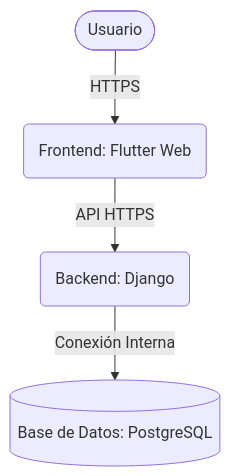
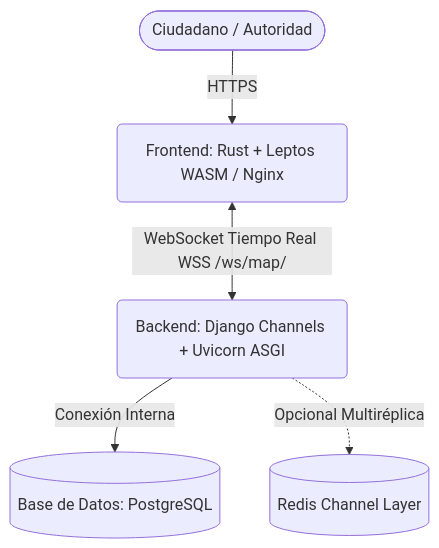
The diagram in COOLIFY_DEPLOY_GUIDE.md (DfsSpooky/ecoalertapasco), drawn with Mermaid before and after one commit. The commit also changed other lines of this file and 83 other files, not shown here.

Commit message:
refactor: eliminate Flutter frontend and standardize on Rust Leptos WASM and Django ASGI backend for Coolify deployment

````diff
--- a/COOLIFY_DEPLOY_GUIDE.md
+++ b/COOLIFY_DEPLOY_GUIDE.md
@@ -11,6 +11,7 @@
 ```mermaid
 graph TD
-    User([Usuario]) -->|HTTPS| FE(Frontend: Flutter Web)
-    FE -->|API HTTPS| BE(Backend: Django)
+    User([Ciudadano / Autoridad]) -->|HTTPS| FE(Frontend: Rust + Leptos WASM / Nginx)
+    FE <-->|WebSocket Tiempo Real WSS /ws/map/| BE(Backend: Django Channels + Uvicorn ASGI)
     BE -->|Conexión Interna| DB[(Base de Datos: PostgreSQL)]
+    BE -.->|Opcional Multiréplica| RD[(Redis Channel Layer)]
 ```
````
